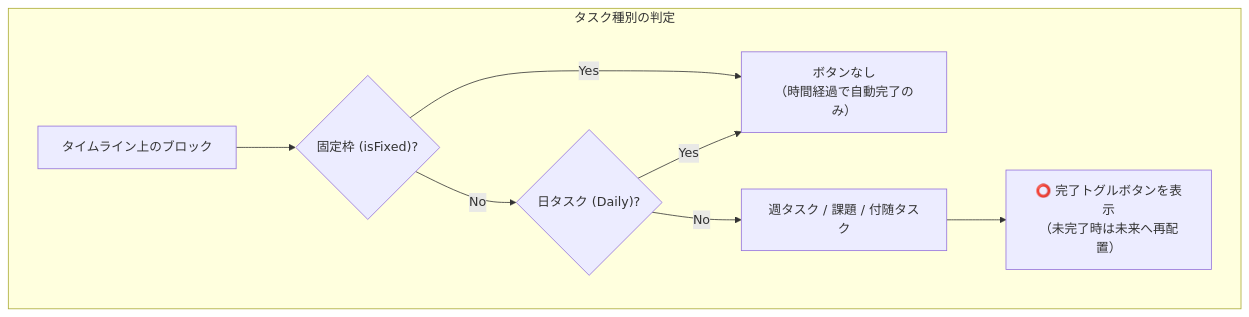
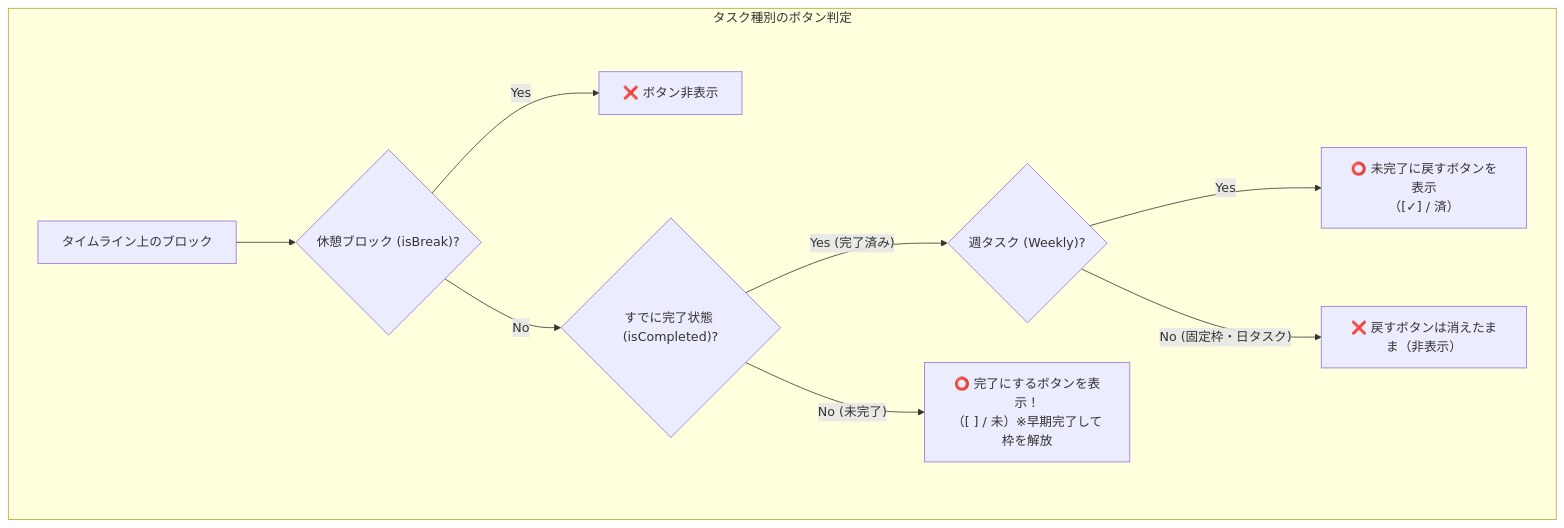
One commit to chku25062-sketch/creation_1 changed the first of 2 diagrams in Plan16.md. Above: the diagram before and after it, drawn with Mermaid. The commit also changed other lines of this file and 2 other files, not shown here.

Commit message:
feat: 固定枠・日タスクの未完了時「完了にする」ボタンを復活、完了後の戻すボタンは非表示を維持

````diff
--- a/Plan16.md
+++ b/Plan16.md
@@ -45,12 +45,14 @@
 ```mermaid
 flowchart TD
-    subgraph Tasks["タスク種別の判定"]
-        Block["タイムライン上のブロック"]
-        Block --> Fixed{"固定枠 (isFixed)?"}
-        Fixed -- Yes --> NoButton["ボタンなし<br>（時間経過で自動完了のみ）"]
-        Fixed -- No --> Daily{"日タスク (Daily)?"}
-        Daily -- Yes --> NoButton
-        Daily -- No --> Weekly["週タスク / 課題 / 付随タスク"]
-        Weekly --> HasButton["⭕ 完了トグルボタンを表示<br>（未完了時は未来へ再配置）"]
+    subgraph Tasks["タスク種別のボタン判定"]
+        Block["タイムライン上のブロック"] --> IsBreak{"休憩ブロック (isBreak)?"}
+        IsBreak -- Yes --> NoBtn["❌ ボタン非表示"]
+        IsBreak -- No --> IsComp{"すでに完了状態 (isCompleted)?"}
+        
+        IsComp -- Yes (完了済み) --> CheckWeekly{"週タスク (Weekly)?"}
+        CheckWeekly -- Yes --> ShowUncomplete["⭕ 未完了に戻すボタンを表示<br>（[✓] / 済）"]
+        CheckWeekly -- No (固定枠・日タスク) --> HideComplete["❌ 戻すボタンは消えたまま（非表示）"]
+
+        IsComp -- No (未完了) --> ShowComplete["⭕ 完了にするボタンを表示！<br>（[ ] / 未）※早期完了して枠を解放"]
     end
 ```
````
